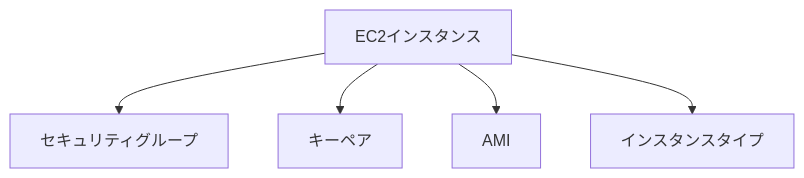
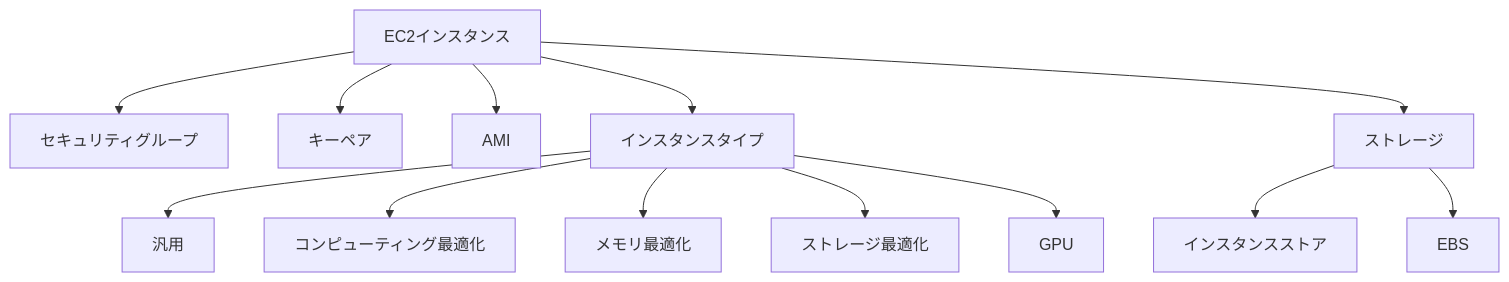
One commit to ksquadjp/tutorial changed the second of 4 diagrams in aws/Chap2.md. Above: the diagram before and after it, drawn with Mermaid. The commit also changed other lines of this file, not shown here.

````diff
--- a/aws/Chap2.md
+++ b/aws/Chap2.md
@@ -121,7 +214,17 @@
 ```mermaid
 graph TD
     A[EC2インスタンス] --> B[セキュリティグループ]
     A --> C[キーペア]
     A --> D[AMI]
     A --> E[インスタンスタイプ]
+    A --> F[ストレージ]
+    
+    F --> F1[インスタンスストア]
+    F --> F2[EBS]
+    
+    E --> E1[汎用]
+    E --> E2[コンピューティング最適化]
+    E --> E3[メモリ最適化]
+    E --> E4[ストレージ最適化]
+    E --> E5[GPU]
 ```
````
